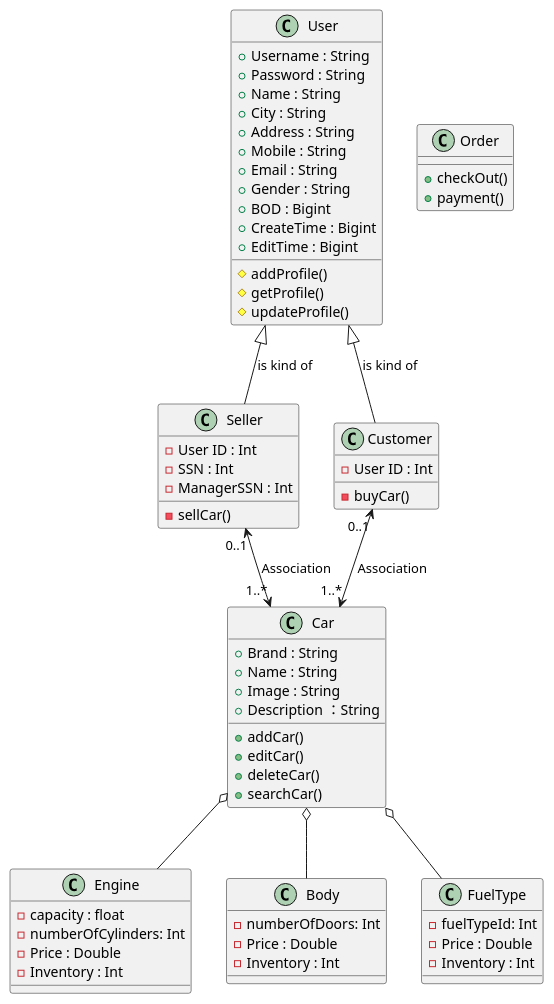
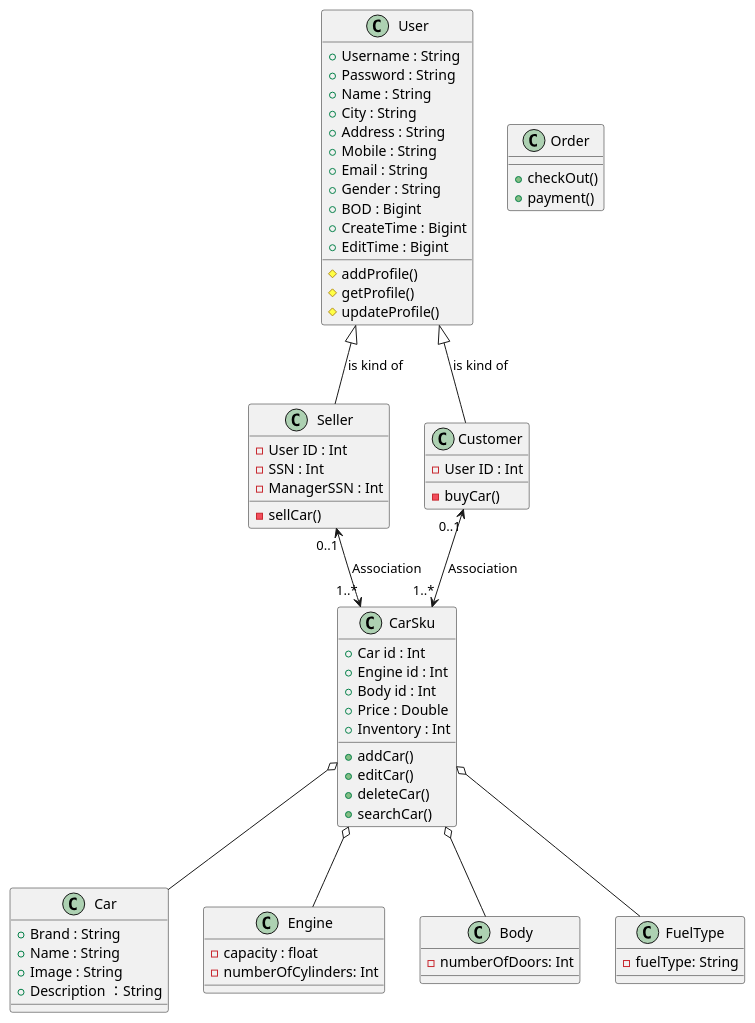
Before and after one commit to Caisen1988/phpunit: the diagram in uml/CarSaleSystem.puml, drawn with PlantUML.

Commit message:
add car sku

```diff
--- a/uml/CarSaleSystem.puml
+++ b/uml/CarSaleSystem.puml
@@ -1,73 +1,76 @@
 @startuml
- class Car {
-  + Brand : String
-  + Name : String
-  + Image : String
-  + Description ：String
+ class CarSku {
+  + Car id : Int
+  + Engine id : Int
+  + Body id : Int
+  + Price : Double
+  + Inventory : Int
   + addCar()
   + editCar()
   + deleteCar()
   + searchCar()
  }
 
+ class Car {
+  + Brand : String
+  + Name : String
+  + Image : String
+  + Description ：String
+ }
+
  class Engine{
   - capacity : float
   - numberOfCylinders: Int
-  - Price : Double
-  - Inventory : Int
  }
  class Body{
   - numberOfDoors: Int
-  - Price : Double
-  - Inventory : Int
  }
  class FuelType{
-  - fuelTypeId: Int
-  - Price : Double
-  - Inventory : Int
+  - fuelType: String
  }
 
  class User {
   + Username : String
   + Password : String
   + Name : String
   + City : String
   + Address : String
   + Mobile : String
   + Email : String
   + Gender : String
   + BOD : Bigint
   + CreateTime : Bigint
   + EditTime : Bigint
   # addProfile()
   # getProfile()
   # updateProfile()
  }
 
  class Seller{
     - User ID : Int
     - SSN : Int
     - ManagerSSN : Int
     - sellCar()
  }
 
  class Customer{
     - User ID : Int
     - buyCar()
  }
 
  class Order{
     +checkOut()
     +payment()
  }
 
 
  User <|-- Seller : is kind of
  User <|-- Customer : is kind of
- Seller    "0..1"<-->"1..*" Car : Association
- Customer  "0..1"<-->"1..*" Car : Association
- Car o-- Engine
- Car o-- Body
- Car o-- FuelType
+ Seller    "0..1"<-->"1..*" CarSku : Association
+ Customer  "0..1"<-->"1..*" CarSku : Association
+ CarSku o-- Car
+ CarSku o-- Engine
+ CarSku o-- Body
+ CarSku o-- FuelType
 
 @enduml
```
